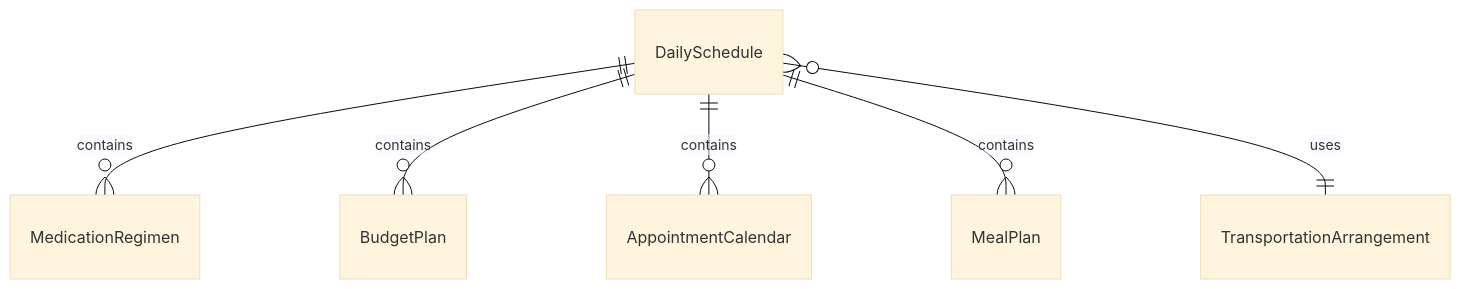
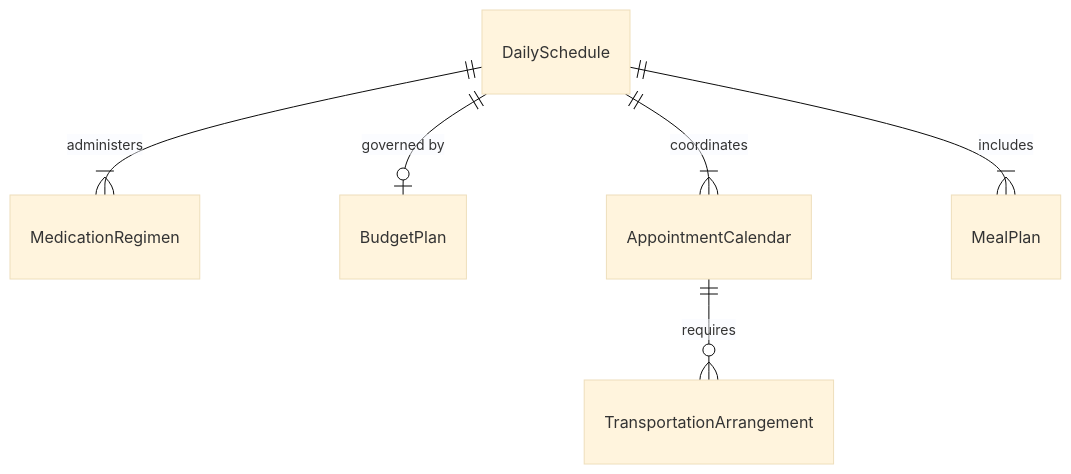
Before and after one commit to dot-org-ai/tasks.org.ai: the first of 4 diagrams in AssistingAndCaringForOthers/AssistIndividualsWithSpecialNeeds/AssistClientsHandlingDetailsDaily.mdx, drawn with Mermaid (base theme). The commit also changed other lines of this file and 32 other files, not shown here.

First line of the commit message:
fix: Improve ER and State diagrams in 32 AssistingAndCaringForOthers DWA files

````diff
--- a/AssistingAndCaringForOthers/AssistIndividualsWithSpecialNeeds/AssistClientsHandlingDetailsDaily.mdx
+++ b/AssistingAndCaringForOthers/AssistIndividualsWithSpecialNeeds/AssistClientsHandlingDetailsDaily.mdx
@@ -88,8 +88,8 @@
 ```mermaid
 erDiagram
-    DailySchedule ||--o{ MedicationRegimen : contains
-    DailySchedule ||--o{ BudgetPlan : contains
-    DailySchedule ||--o{ AppointmentCalendar : contains
-    DailySchedule ||--o{ MealPlan : contains
-    DailySchedule }o--|| TransportationArrangement : uses
+    DailySchedule ||--|{ MedicationRegimen : administers
+    DailySchedule ||--o| BudgetPlan : "governed by"
+    DailySchedule ||--|{ AppointmentCalendar : coordinates
+    DailySchedule ||--|{ MealPlan : includes
+    AppointmentCalendar ||--o{ TransportationArrangement : requires
 ```
````
